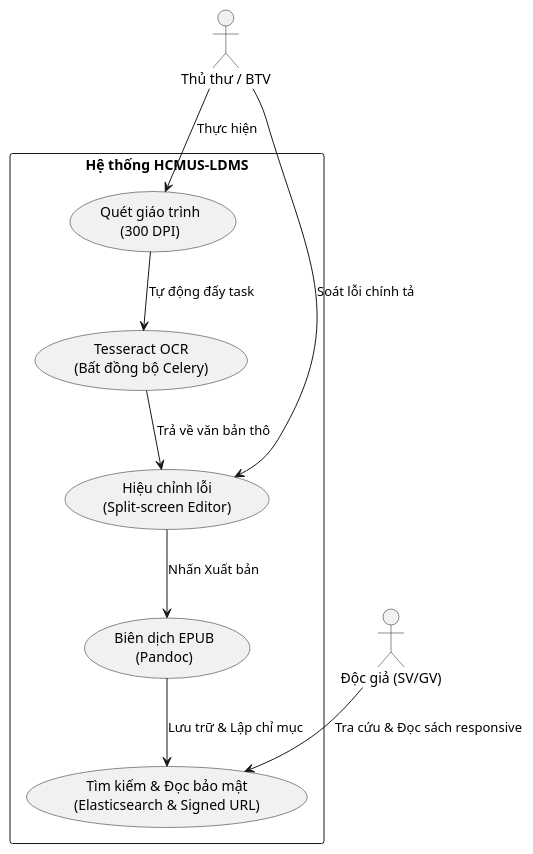
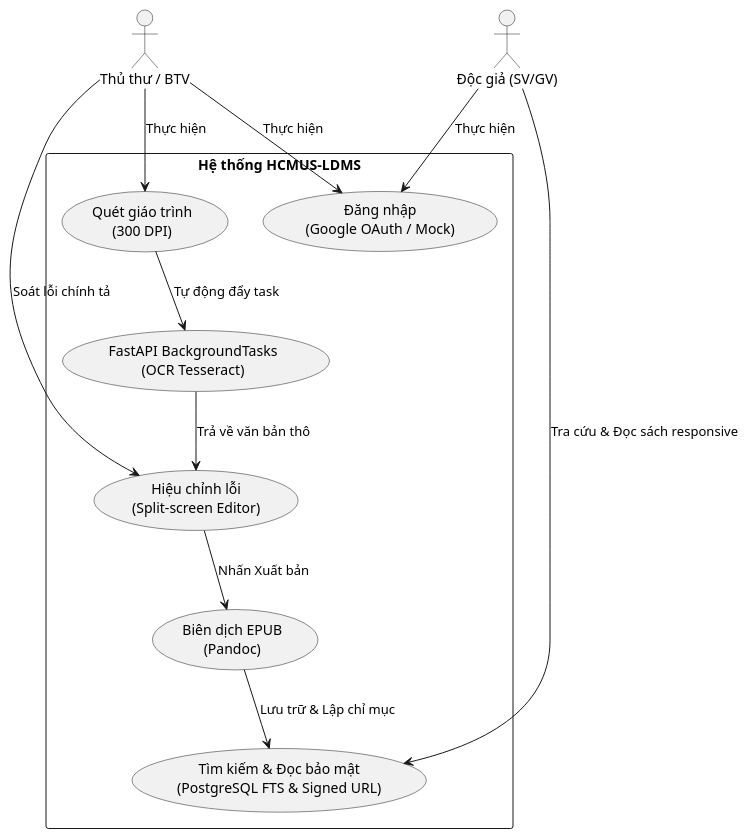
The second of 2 diagrams in docs/03-vision-and-scope.md (se-bros/hcmus-projectmanage--lab), drawn with PlantUML before and after one commit. The commit also changed other lines of this file and 7 other files, not shown here.

Commit message:
docs: sync keycloak/celery/elasticsearch deprecation and fix login workflow

````diff
--- a/docs/03-vision-and-scope.md
+++ b/docs/03-vision-and-scope.md
@@ -154,24 +154,27 @@
 ```plantuml
 @startuml
 skinparam packageStyle rectangle
 
 actor "Thủ thư / BTV" as Librarian
 actor "Độc giả (SV/GV)" as Reader
 
 rectangle "Hệ thống HCMUS-LDMS" {
+    usecase "Đăng nhập\n(Google OAuth / Mock)" as Login
     usecase "Quét giáo trình\n(300 DPI)" as Scan
-    usecase "Tesseract OCR\n(Bất đồng bộ Celery)" as OCR
+    usecase "FastAPI BackgroundTasks\n(OCR Tesseract)" as OCR
     usecase "Hiệu chỉnh lỗi\n(Split-screen Editor)" as Edit
     usecase "Biên dịch EPUB\n(Pandoc)" as Compile
-    usecase "Tìm kiếm & Đọc bảo mật\n(Elasticsearch & Signed URL)" as Read
+    usecase "Tìm kiếm & Đọc bảo mật\n(PostgreSQL FTS & Signed URL)" as Read
 }
 
+Librarian --> Login : Thực hiện
+Reader --> Login : Thực hiện
 Librarian --> Scan : Thực hiện
 Scan --> OCR : Tự động đẩy task
 OCR --> Edit : Trả về văn bản thô
 Librarian --> Edit : Soát lỗi chính tả
 Edit --> Compile : Nhấn Xuất bản
 Compile --> Read : Lưu trữ & Lập chỉ mục
 Reader --> Read : Tra cứu & Đọc sách responsive
 @enduml
 ```
````
